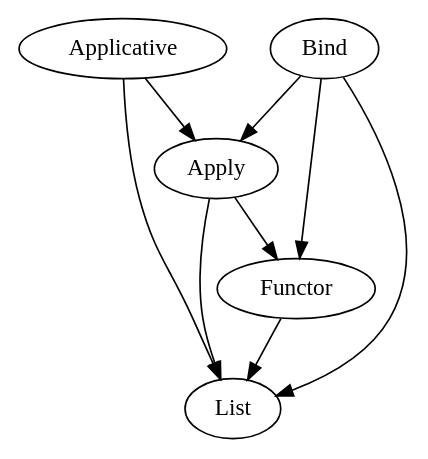
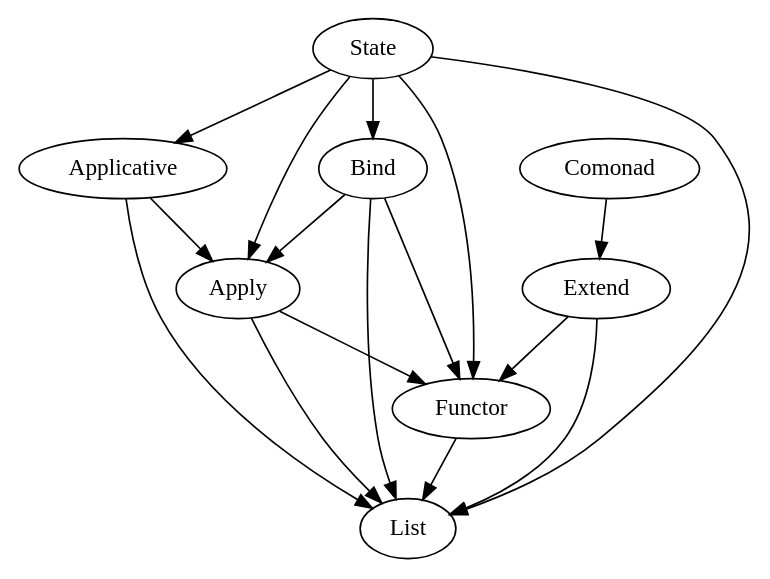
The diagram in share/deps/exercises.dot (kkspeed/course), drawn with Graphviz before and after one commit. The commit also changed 1 other file, not shown here.

```diff
--- a/share/deps/exercises.dot
+++ b/share/deps/exercises.dot
@@ -1,18 +1,29 @@
 digraph G {
     {
-    list [label="List"];
-    functor [label="Functor"];
-    apply [label="Apply"];
-    applicative [label="Applicative"];
-    bind [label="Bind"];
+        list [label="List"];
+        functor [label="Functor"];
+        apply [label="Apply"];
+        applicative [label="Applicative"];
+        bind [label="Bind"];
+        comonad [label="Comonad"];
+        extend [label="Extend"];
+        state [label="State"];
     }
 
     functor -> list;
     apply -> list;
     apply -> functor;
     applicative -> apply;
     applicative -> list;
     bind -> list;
     bind -> apply;
     bind -> functor;
+    comonad -> extend;
+    extend -> list;
+    extend -> functor;
+    state -> list;
+    state -> functor;
+    state -> apply;
+    state -> applicative;
+    state -> bind;
 }
```
